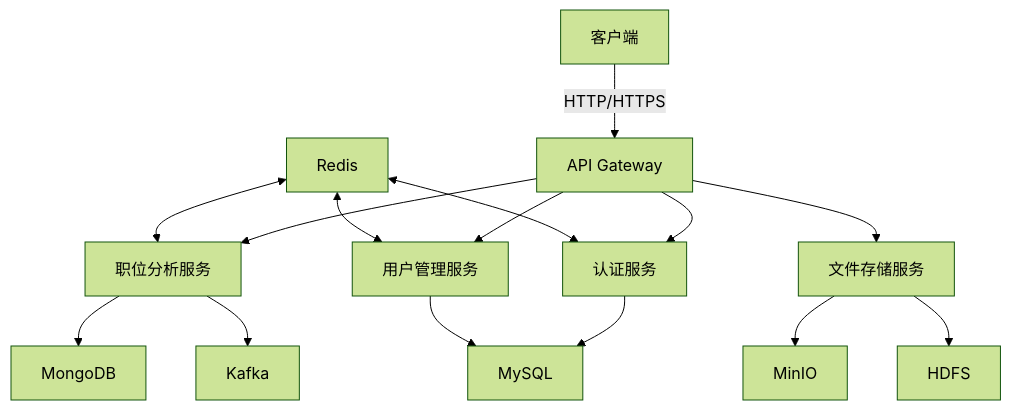
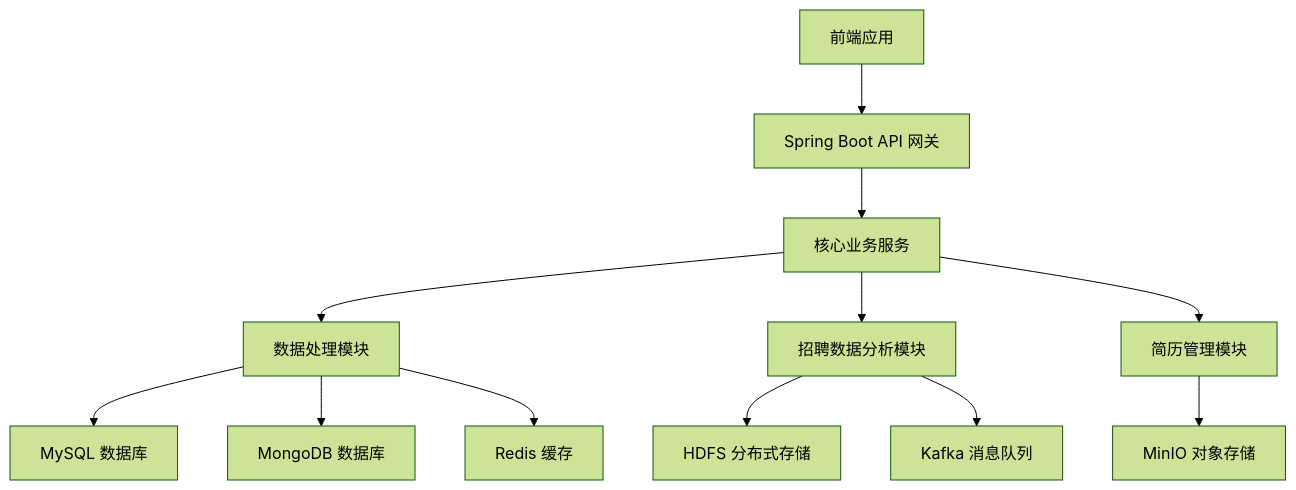
One commit to DavidHLP/BossAnalyze changed the first of 2 diagrams in JDK17SERVE/spring/README.md. Above: the diagram before and after it, drawn with Mermaid (forest theme). The commit also changed other lines of this file and 59 other files, not shown here.

````diff
--- a/JDK17SERVE/spring/README.md
+++ b/JDK17SERVE/spring/README.md
@@ -36,17 +7,14 @@
 ```mermaid
 graph TD
-    A[客户端] -->|HTTP/HTTPS| B[API Gateway]
-    B --> C[认证服务]
-    B --> D[职位分析服务]
-    B --> E[用户管理服务]
-    B --> F[文件存储服务]
-    C --> G[MySQL]
-    D --> H[MongoDB]
-    E --> G
-    F --> I[MinIO]
-    F --> J[HDFS]
-    D --> K[Kafka]
-    L[Redis] <--> C
-    L <--> D
-    L <--> E
+    A[前端应用] --> B[Spring Boot API 网关]
+    B --> C[核心业务服务]
+    C --> D1[数据处理模块]
+    C --> D2[招聘数据分析模块]
+    C --> D3[简历管理模块]
+    D1 --> E1[MySQL 数据库]
+    D1 --> E2[MongoDB 数据库]
+    D1 --> E3[Redis 缓存]
+    D2 --> F1[HDFS 分布式存储]
+    D2 --> F2[Kafka 消息队列]
+    D3 --> G1[MinIO 对象存储]
 ```
````
